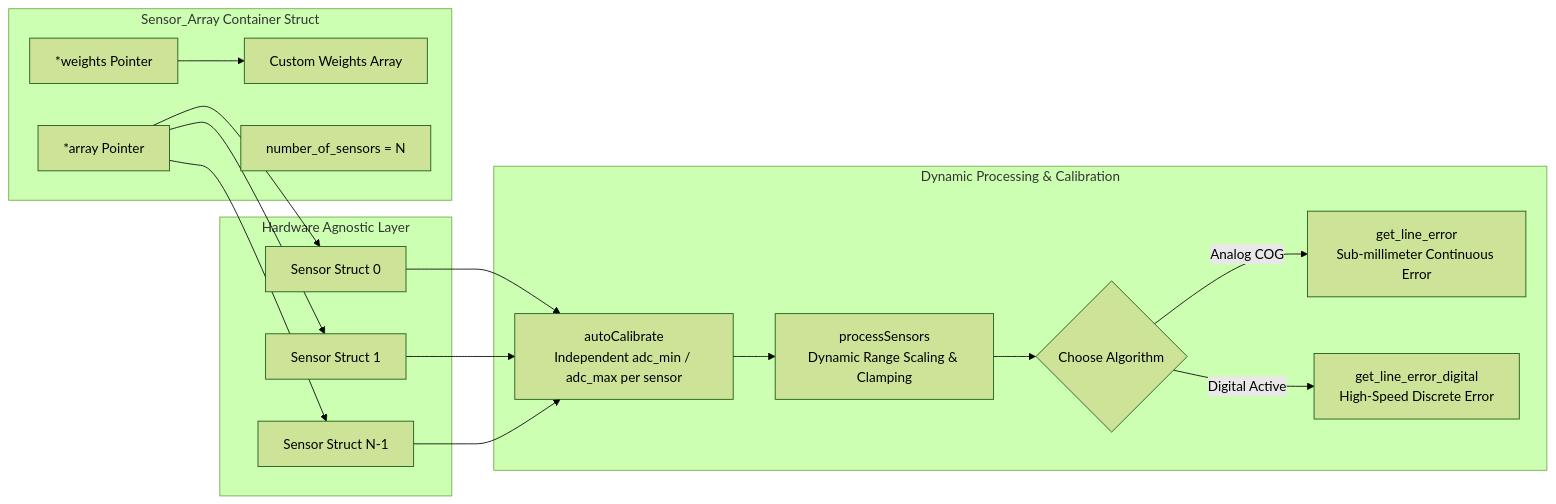
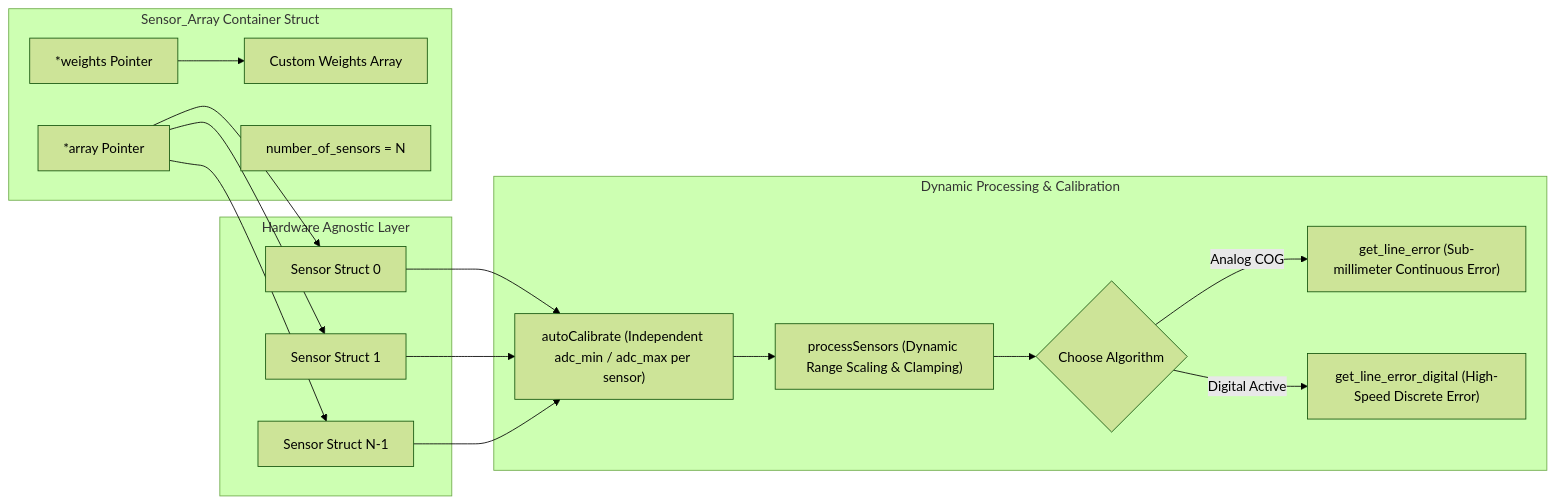
Before and after one commit to git-jaishnu/line_follower: the second of 2 diagrams in README.md, drawn with Mermaid (forest theme). The commit also changed other lines of this file and 6 other files, not shown here.

````diff
--- a/README.md
+++ b/README.md
@@ -76,22 +76,22 @@
 ```mermaid
 flowchart LR
-    subgraph Hardware Agnostic Layer
+    subgraph "Hardware Agnostic Layer"
         S1[Sensor Struct 0]
         S2[Sensor Struct 1]
         SN[Sensor Struct N-1]
     end
 
-    subgraph Sensor_Array Container Struct
+    subgraph "Sensor_Array Container Struct"
         ARRAY_PTR[*array Pointer] --> S1 & S2 & SN
         WEIGHTS_PTR[*weights Pointer] --> W[Custom Weights Array]
         COUNT[number_of_sensors = N]
     end
 
-    subgraph Dynamic Processing & Calibration
-        S1 & S2 & SN --> CALIB[autoCalibrate\nIndependent adc_min / adc_max per sensor]
-        CALIB --> NORM[processSensors\nDynamic Range Scaling & Clamping]
+    subgraph "Dynamic Processing & Calibration"
+        S1 & S2 & SN --> CALIB["autoCalibrate (Independent adc_min / adc_max per sensor)"]
+        CALIB --> NORM["processSensors (Dynamic Range Scaling & Clamping)"]
         NORM --> MATH{Choose Algorithm}
-        MATH -->|Analog COG| ANA[get_line_error\nSub-millimeter Continuous Error]
-        MATH -->|Digital Active| DIG[get_line_error_digital\nHigh-Speed Discrete Error]
+        MATH -->|Analog COG| ANA["get_line_error (Sub-millimeter Continuous Error)"]
+        MATH -->|Digital Active| DIG["get_line_error_digital (High-Speed Discrete Error)"]
     end
 ```
````
